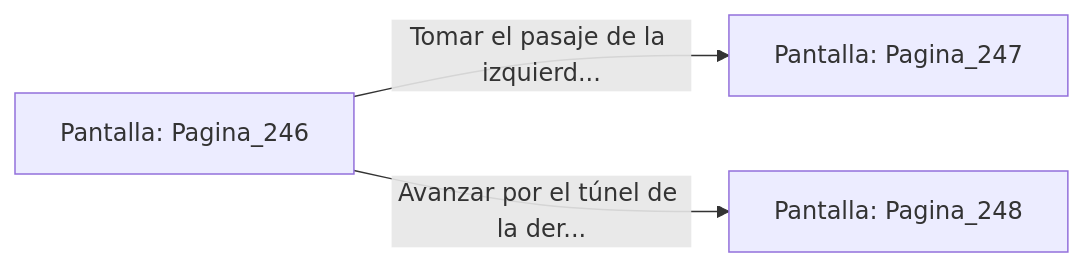
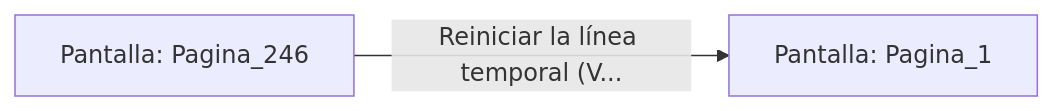
The diagram in sample/eligejuego-vault/Pantalla_Pagina_246.md (metsuke/mpl), drawn with Mermaid before and after one commit. The commit also changed other lines of this file and 635 other files, not shown here.

First line of the commit message:
fix: añadir Pagina_1 como pantalla inicial en capitulo_01.mpl

````diff
--- a/sample/eligejuego-vault/Pantalla_Pagina_246.md
+++ b/sample/eligejuego-vault/Pantalla_Pagina_246.md
@@ -20,6 +17,5 @@
 ```mermaid
 graph LR
     P_Pagina_246["Pantalla: Pagina_246"]
-    P_Pagina_246 -->|"Tomar el pasaje de la izquierd..."| P_Pagina_247["Pantalla: Pagina_247"]
-    P_Pagina_246 -->|"Avanzar por el túnel de la der..."| P_Pagina_248["Pantalla: Pagina_248"]
+    P_Pagina_246 -->|"Reiniciar la línea temporal (V..."| P_Pagina_1["Pantalla: Pagina_1"]
 ```
````
